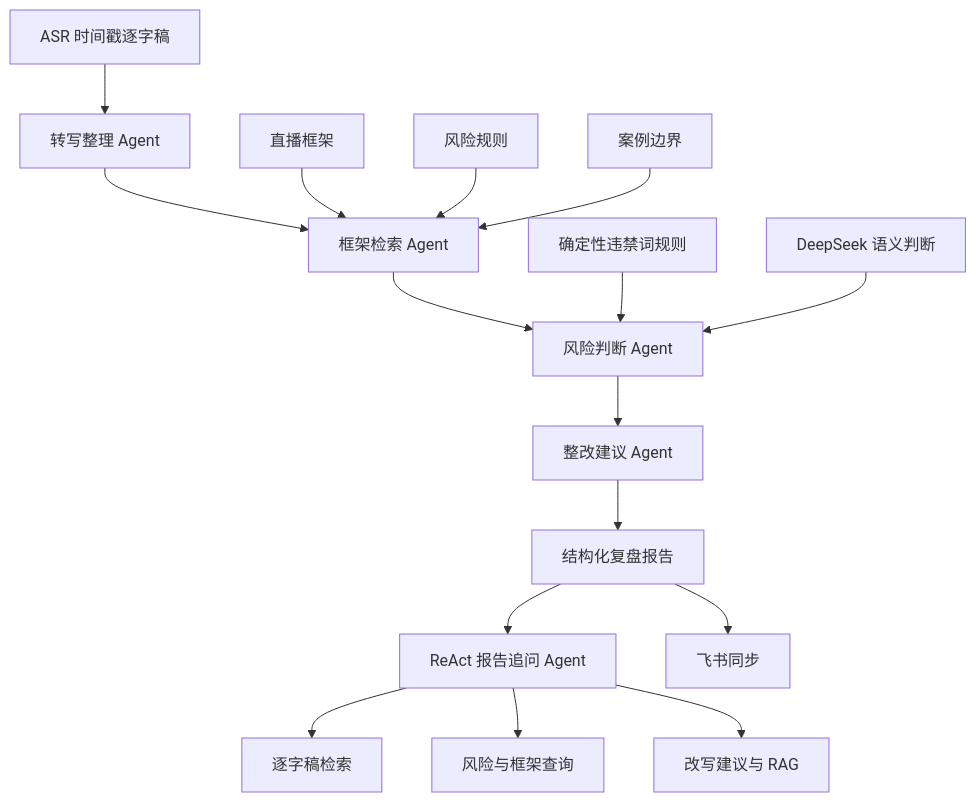
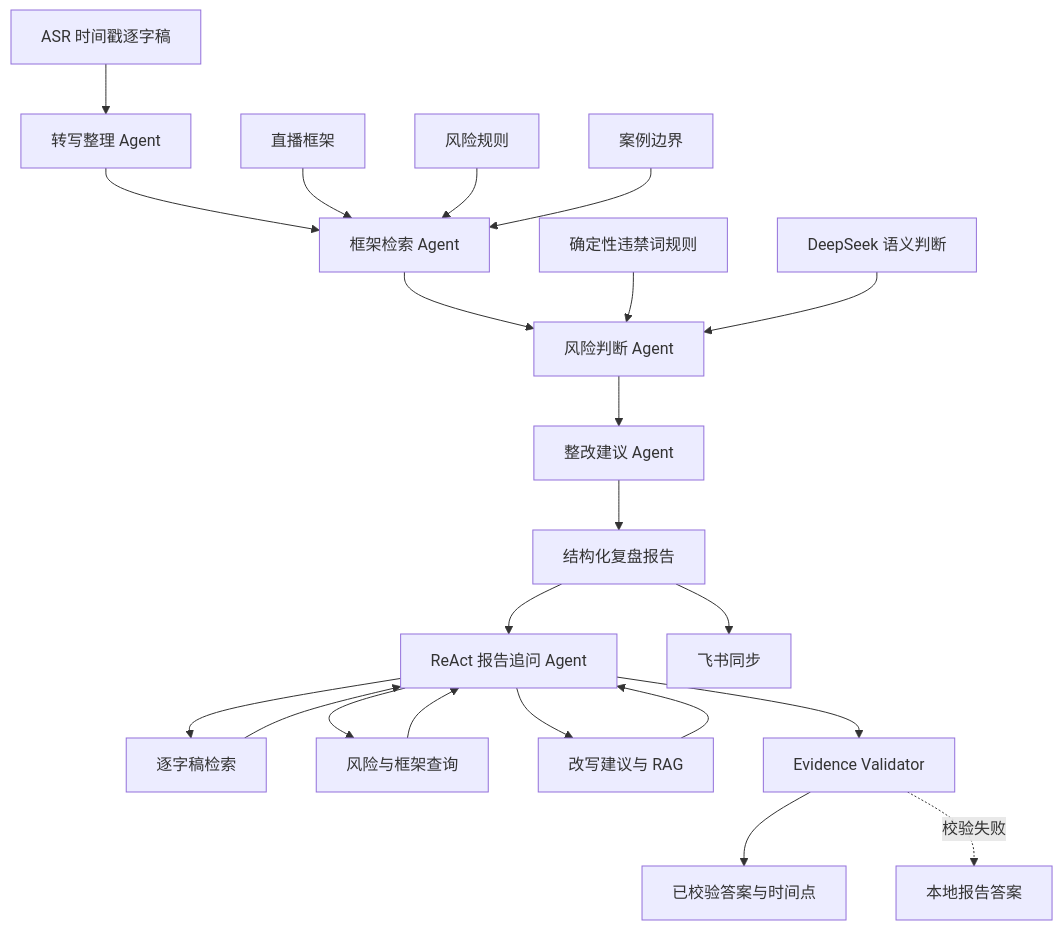
Before and after one commit to 1killermouse/ai-livestream-review: the second of 3 diagrams in README.md, drawn with Mermaid. The commit also changed other lines of this file and 9 other files, not shown here.

````diff
--- a/README.md
+++ b/README.md
@@ -175,18 +175,24 @@
 ```mermaid
 flowchart TD
   A[ASR 时间戳逐字稿] --> B[转写整理 Agent]
   B --> C[框架检索 Agent]
   K1[直播框架] --> C
   K2[风险规则] --> C
   K3[案例边界] --> C
   C --> D[风险判断 Agent]
   R[确定性违禁词规则] --> D
   L[DeepSeek 语义判断] --> D
   D --> E[整改建议 Agent]
   E --> F[结构化复盘报告]
   F --> G[ReAct 报告追问 Agent]
   G --> T1[逐字稿检索]
   G --> T2[风险与框架查询]
   G --> T3[改写建议与 RAG]
+  T1 --> G
+  T2 --> G
+  T3 --> G
+  G --> V[Evidence Validator]
+  V --> U[已校验答案与时间点]
+  V -. 校验失败 .-> B1[本地报告答案]
   F --> H[飞书同步]
 ```
````
